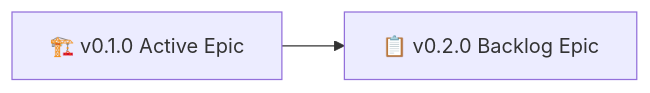
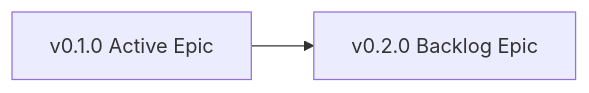
Before and after one commit to Dawgomatic/Xagent: the second of 4 diagrams in skills/skills/nonlinear/backstage/SKILL.md, drawn with Mermaid. The commit also changed other lines of this file and 18009 other files, not shown here.

````diff
--- a/skills/skills/nonlinear/backstage/SKILL.md
+++ b/skills/skills/nonlinear/backstage/SKILL.md
@@ -157,4 +157,4 @@
      ```mermaid
      graph LR
-         A[🏗️ v0.1.0 Active Epic] --> B[📋 v0.2.0 Backlog Epic]
+         A[ v0.1.0 Active Epic] --> B[ v0.2.0 Backlog Epic]
      ```
````
